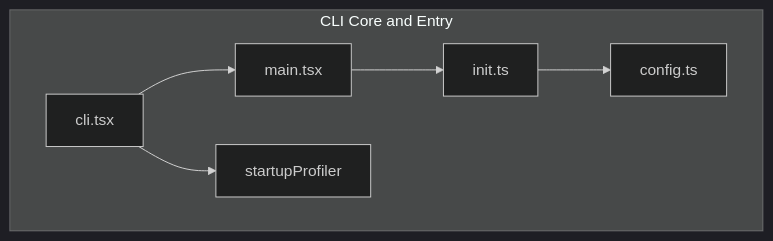
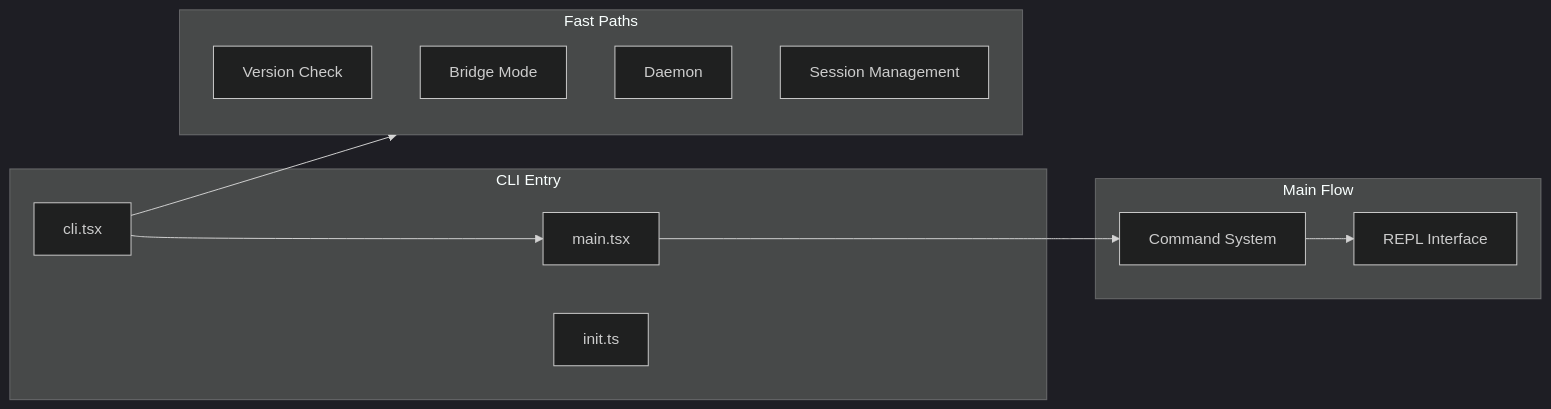
The first of 2 diagrams in .nium-wiki/wiki_en/cli/_index.md (niuma996/claude-code-sourcemap-wiki), drawn with Mermaid (dark theme) before and after one commit. The commit also changed other lines of this file and 1976 other files, not shown here.

````diff
--- a/.nium-wiki/wiki_en/cli/_index.md
+++ b/.nium-wiki/wiki_en/cli/_index.md
@@ -18,14 +9,22 @@
 ```mermaid
-flowchart TB
-    subgraph CLI["CLI Core and Entry"]
-        cli["cli.tsx"]
-        main["main.tsx"]
-        init["init.ts"]
-        profiler["startupProfiler"]
-        config["config.ts"]
+flowchart LR
+    subgraph Entry["CLI Entry"]
+        CLI["cli.tsx"]
+        Main["main.tsx"]
+        Init["init.ts"]
     end
-    cli --> main
-    cli --> profiler
-    main --> init
-    init --> config
+    subgraph FastPaths["Fast Paths"]
+        Version["Version Check"]
+        Bridge["Bridge Mode"]
+        Daemon["Daemon"]
+        Sessions["Session Management"]
+    end
+    subgraph MainFlow["Main Flow"]
+        Commands["Command System"]
+        REPL["REPL Interface"]
+    end
+    CLI --> FastPaths
+    CLI --> Main
+    Main --> Commands
+    Commands --> REPL
 ```
````
